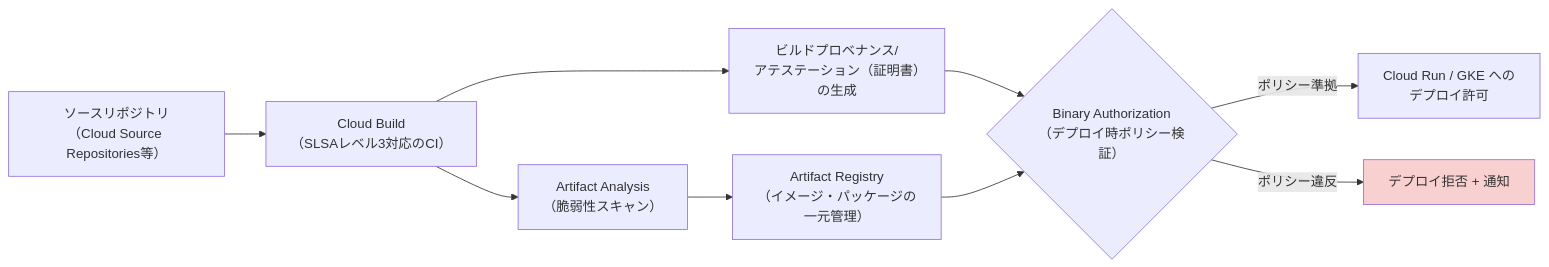
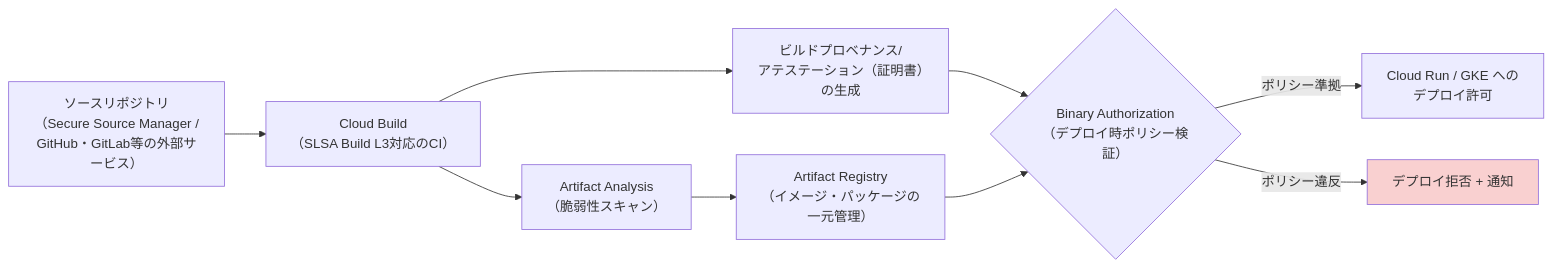
Before and after one commit to myoshi2891/Cloud-Infrastructure-Studies: diagram 19 of 26 in Gcp-pca-section3-security-compliance.md, drawn with Mermaid. The commit also changed other lines of this file and 1 other file, not shown here.

````diff
--- a/Gcp-pca-section3-security-compliance.md
+++ b/Gcp-pca-section3-security-compliance.md
@@ -669,12 +705,12 @@
 ```mermaid
 flowchart LR
-    Src["ソースリポジトリ<br/>（Cloud Source Repositories等）"] --> Build["Cloud Build<br/>（SLSAレベル3対応のCI）"]
+    Src["ソースリポジトリ<br/>（Secure Source Manager /<br/>GitHub・GitLab等の外部サービス）"] --> Build["Cloud Build<br/>（SLSA Build L3対応のCI）"]
     Build --> Scan["Artifact Analysis<br/>（脆弱性スキャン）"]
     Scan --> AR["Artifact Registry<br/>（イメージ・パッケージの<br/>一元管理）"]
     Build --> Attest["ビルドプロベナンス/<br/>アテステーション（証明書）の生成"]
     Attest --> BinAuthz{"Binary Authorization<br/>（デプロイ時ポリシー検証）"}
     AR --> BinAuthz
     BinAuthz -->|ポリシー準拠| Deploy["Cloud Run / GKE への<br/>デプロイ許可"]
     BinAuthz -->|ポリシー違反| Block["デプロイ拒否 + 通知"]
     style Block fill:#f9d0d0
 ```
````
